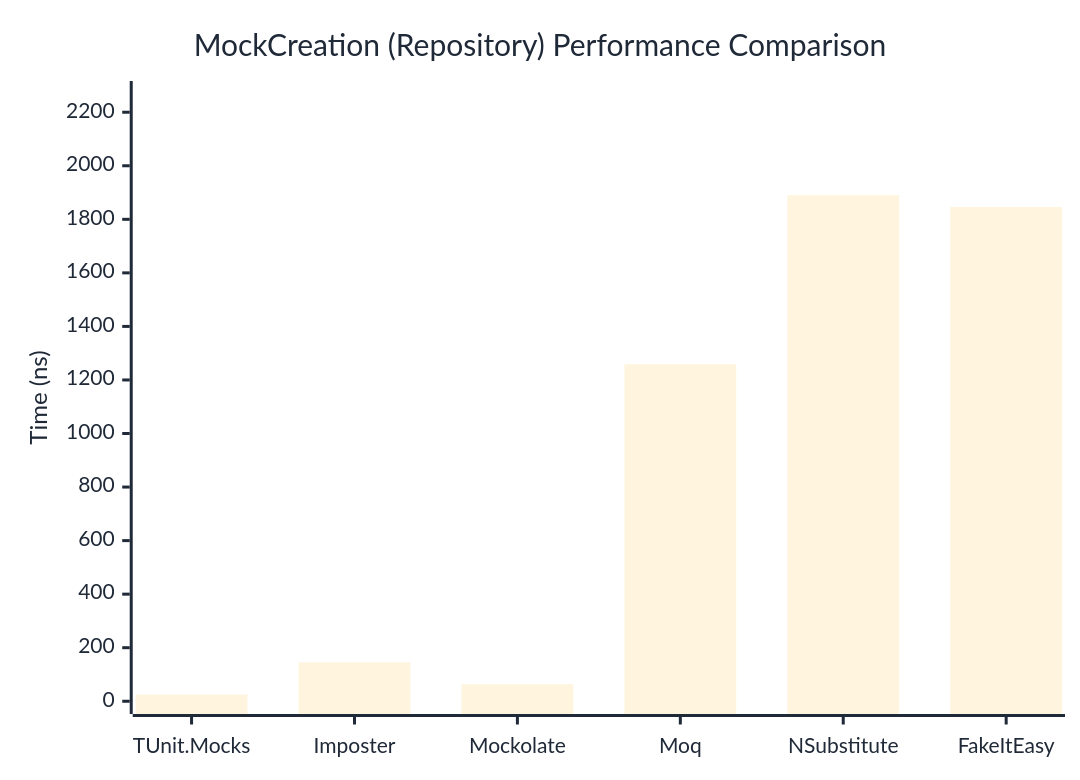
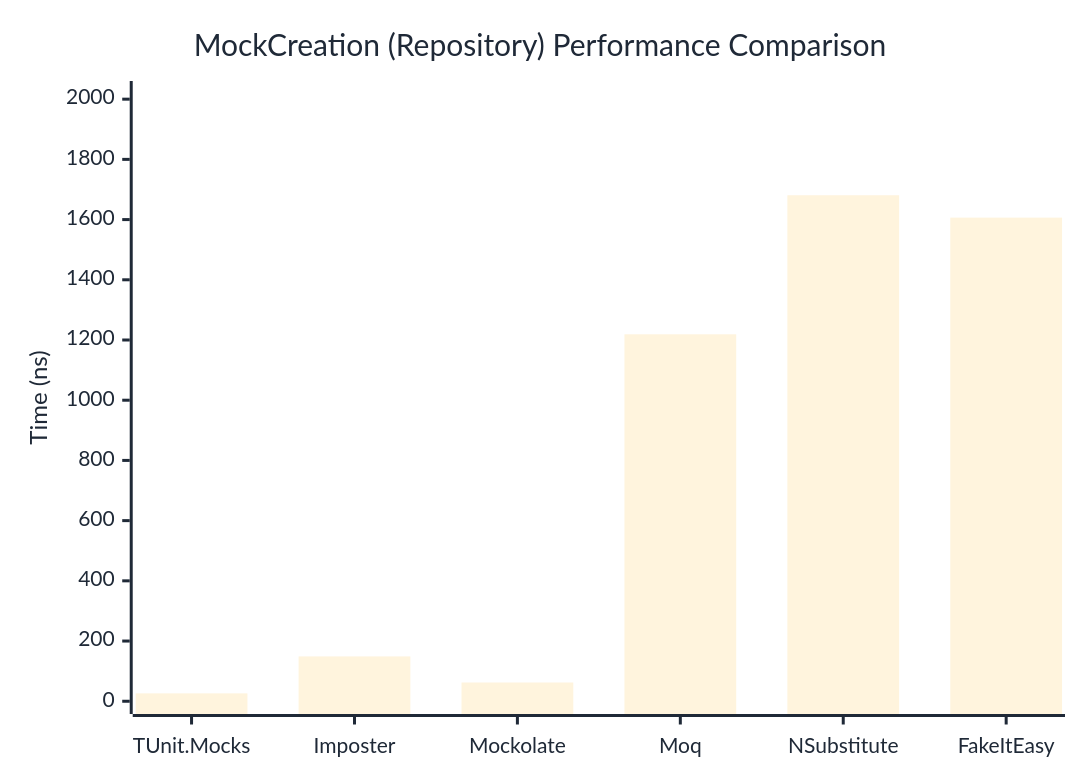
Before and after one commit to thomhurst/TUnit: the second of 2 diagrams in docs/docs/benchmarks/mocks/MockCreation.md, drawn with Mermaid. The commit also changed other lines of this file and 14 other files, not shown here.

````diff
--- a/docs/docs/benchmarks/mocks/MockCreation.md
+++ b/docs/docs/benchmarks/mocks/MockCreation.md
@@ -69,27 +69,27 @@
 ```mermaid
 %%{init: {
   'theme':'base',
   'themeVariables': {
     'primaryColor': '#2563eb',
     'primaryTextColor': '#1f2937',
     'primaryBorderColor': '#1e40af',
     'lineColor': '#6b7280',
     'secondaryColor': '#7c3aed',
     'tertiaryColor': '#dc2626',
     'background': '#ffffff',
     'pie1': '#2563eb',
     'pie2': '#7c3aed',
     'pie3': '#dc2626',
     'pie4': '#f59e0b',
     'pie5': '#10b981',
     'pie6': '#06b6d4',
     'pie7': '#ec4899',
     'pie8': '#6366f1'
   }
 }}%%
 xychart-beta
   title "MockCreation (Repository) Performance Comparison"
   x-axis ["TUnit.Mocks", "Imposter", "Mockolate", "Moq", "NSubstitute", "FakeItEasy"]
-  y-axis "Time (ns)" 0 --> 2269
-  bar [25.12, 145.1, 63.41, 1258.91, 1890.06, 1845.67]
+  y-axis "Time (ns)" 0 --> 2018
+  bar [26.19, 148.96, 62.29, 1218.88, 1680.84, 1606.51]
 ```
````
